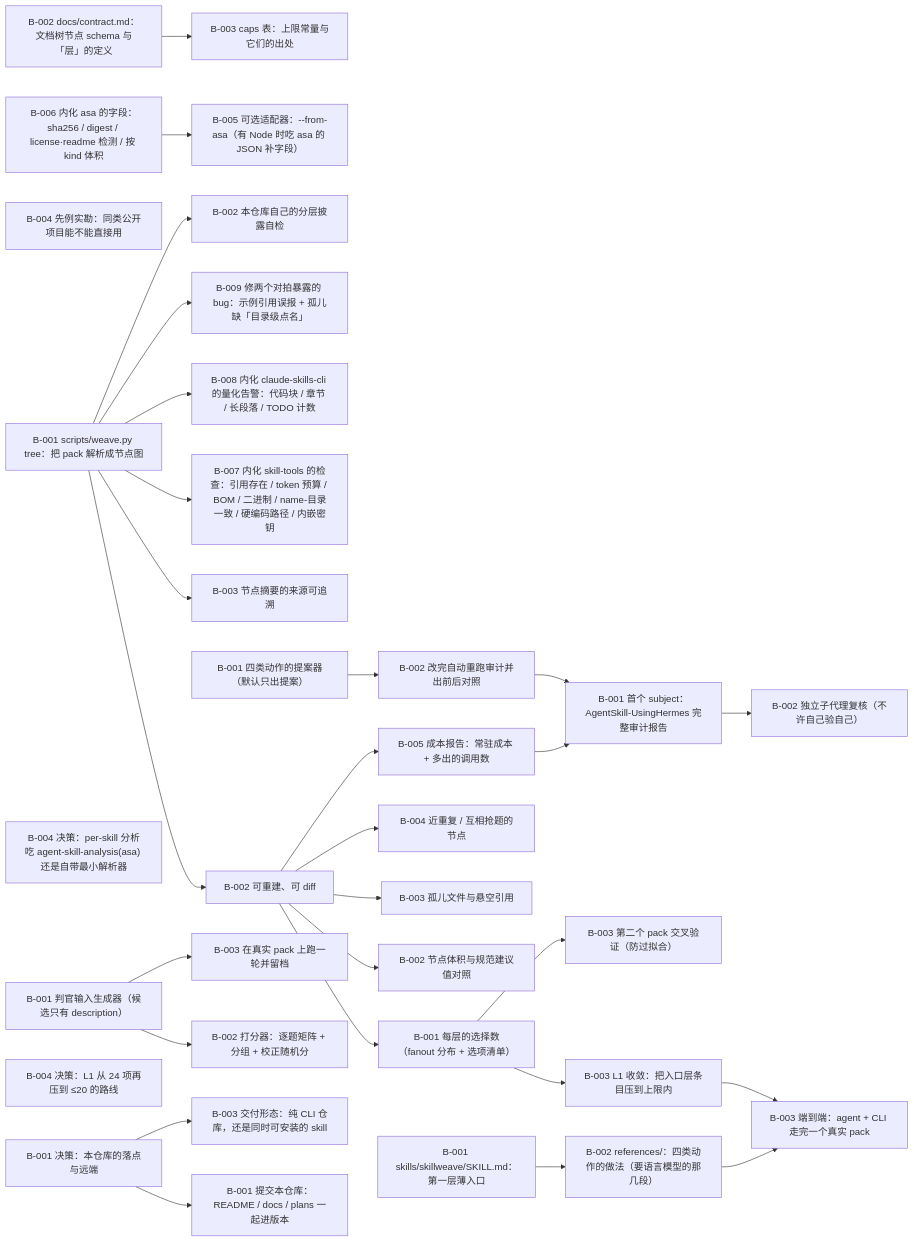
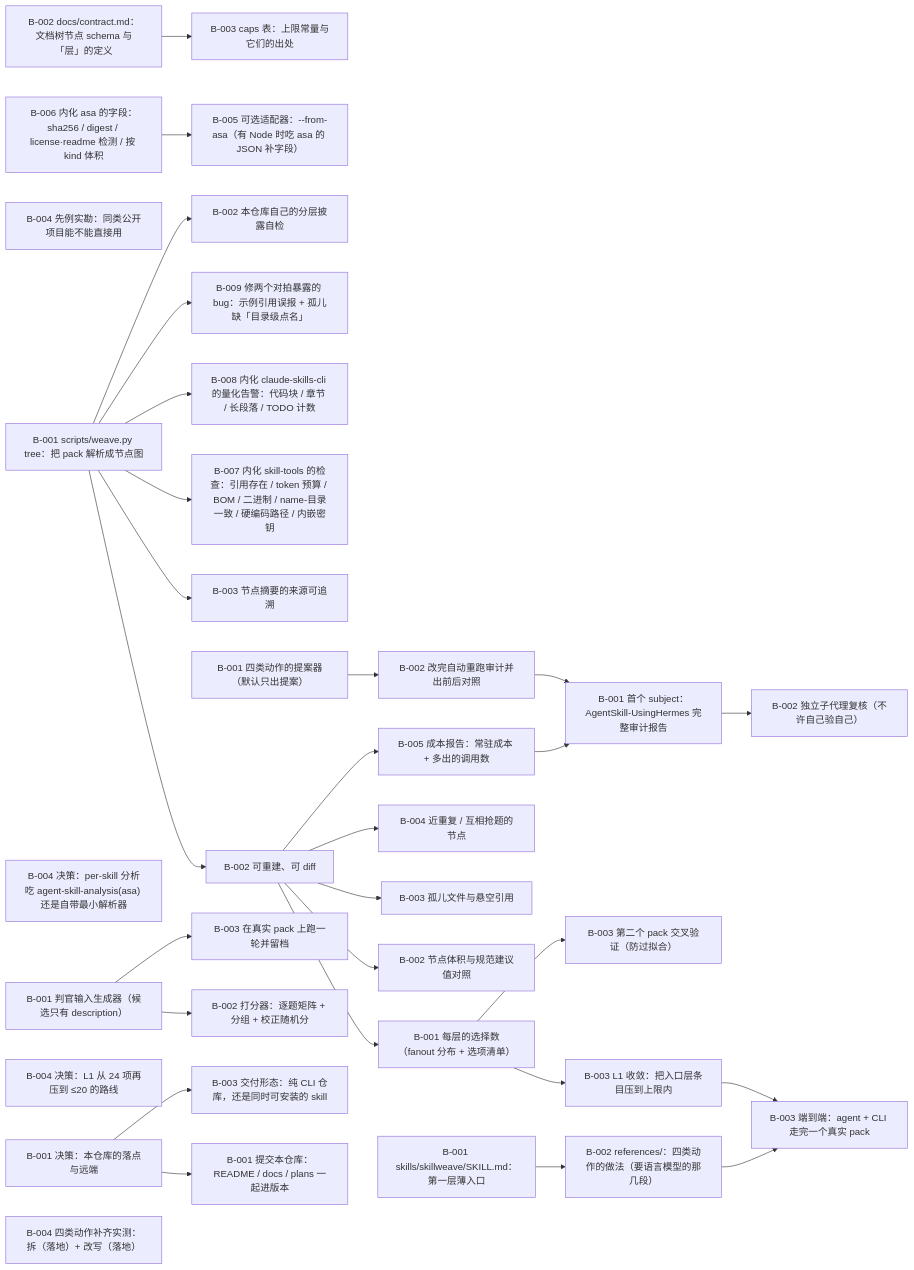
Before and after one commit to flmaximwang/SkillWeave: the diagram in plans/skillweave/PLAN.md, drawn with Mermaid. The commit also changed other lines of this file and 9 other files, not shown here.

````diff
--- a/plans/skillweave/PLAN.md
+++ b/plans/skillweave/PLAN.md
@@ -15,69 +16,72 @@
 ```mermaid
 flowchart LR
   T-001_B-001["B-001 决策：本仓库的落点与远端"]
   T-001_B-002["B-002 docs/contract.md：文档树节点 schema 与「层」的定义"]
   T-001_B-003["B-003 caps 表：上限常量与它们的出处"]
   T-001_B-004["B-004 先例实勘：同类公开项目能不能直接用"]
   T-002_B-001["B-001 scripts/weave.py tree：把 pack 解析成节点图"]
   T-002_B-002["B-002 可重建、可 diff"]
   T-002_B-003["B-003 节点摘要的来源可追溯"]
   T-002_B-004["B-004 决策：per-skill 分析吃 agent-skill-analysis(asa) 还是自带最小解析器"]
   T-002_B-005["B-005 可选适配器：--from-asa（有 Node 时吃 asa 的 JSON 补字段）"]
   T-003_B-001["B-001 每层的选择数（fanout 分布 + 选项清单）"]
   T-003_B-002["B-002 节点体积与规范建议值对照"]
   T-003_B-003["B-003 孤儿文件与悬空引用"]
   T-003_B-004["B-004 近重复 / 互相抢题的节点"]
   T-003_B-005["B-005 成本报告：常驻成本 + 多出的调用数"]
   T-003_B-006["B-006 内化 asa 的字段：sha256 / digest / license·readme 检测 / 按 kind 体积"]
   T-003_B-007["B-007 内化 skill-tools 的检查：引用存在 / token 预算 / BOM / 二进制 / name-目录一致 / 硬编码路径 / 内嵌密钥"]
   T-003_B-008["B-008 内化 claude-skills-cli 的量化告警：代码块 / 章节 / 长段落 / TODO 计数"]
   T-003_B-009["B-009 修两个对拍暴露的 bug：示例引用误报 + 孤儿缺「目录级点名」"]
   T-004_B-001["B-001 四类动作的提案器（默认只出提案）"]
   T-004_B-002["B-002 改完自动重跑审计并出前后对照"]
   T-004_B-003["B-003 L1 收敛：把入口层条目压到上限内"]
   T-004_B-004["B-004 决策：L1 从 24 项再压到 ≤20 的路线"]
   T-005_B-001["B-001 判官输入生成器（候选只有 description）"]
   T-005_B-002["B-002 打分器：逐题矩阵 + 分组 + 校正随机分"]
   T-005_B-003["B-003 在真实 pack 上跑一轮并留档"]
   T-006_B-001["B-001 首个 subject：AgentSkill-UsingHermes 完整审计报告"]
   T-006_B-002["B-002 独立子代理复核（不许自己验自己）"]
   T-006_B-003["B-003 第二个 pack 交叉验证（防过拟合）"]
   T-007_B-001["B-001 提交本仓库：README / docs / plans 一起进版本"]
   T-007_B-002["B-002 本仓库自己的分层披露自检"]
   T-007_B-003["B-003 交付形态：纯 CLI 仓库，还是同时可安装的 skill"]
   T-008_B-001["B-001 skills/skillweave/SKILL.md：第一层薄入口"]
   T-008_B-002["B-002 references/：四类动作的做法（要语言模型的那几段）"]
   T-008_B-003["B-003 端到端：agent + CLI 走完一个真实 pack"]
+  T-008_B-004["B-004 四类动作补齐实测：拆（落地）+ 改写（落地）"]
   T-001_B-002 --> T-001_B-003
   T-002_B-001 --> T-002_B-002
   T-002_B-001 --> T-002_B-003
   T-003_B-006 --> T-002_B-005
   T-002_B-002 --> T-003_B-001
   T-002_B-002 --> T-003_B-002
   T-002_B-002 --> T-003_B-003
   T-002_B-002 --> T-003_B-004
   T-002_B-002 --> T-003_B-005
   T-002_B-001 --> T-003_B-007
   T-002_B-001 --> T-003_B-008
   T-002_B-001 --> T-003_B-009
   T-004_B-001 --> T-004_B-002
   T-003_B-001 --> T-004_B-003
   T-005_B-001 --> T-005_B-002
   T-005_B-001 --> T-005_B-003
   T-003_B-005 --> T-006_B-001
   T-004_B-002 --> T-006_B-001
   T-006_B-001 --> T-006_B-002
   T-003_B-001 --> T-006_B-003
   T-001_B-001 --> T-007_B-001
   T-002_B-001 --> T-007_B-002
   T-001_B-001 --> T-007_B-003
   T-008_B-001 --> T-008_B-002
   T-008_B-002 --> T-008_B-003
   T-004_B-003 --> T-008_B-003
   classDef done stroke-width:1px;
   class T-001_B-001,T-001_B-002,T-001_B-003,T-001_B-004,T-002_B-001,T-002_B-002,T-002_B-003,T-002_B-004,T-003_B-001,T-003_B-002,T-003_B-003,T-003_B-004,T-003_B-005,T-003_B-006,T-003_B-007,T-003_B-008,T-003_B-009,T-004_B-001,T-004_B-002,T-004_B-003,T-005_B-001,T-005_B-002,T-005_B-003,T-006_B-001,T-006_B-002,T-006_B-003,T-007_B-001,T-007_B-002,T-007_B-003,T-008_B-001,T-008_B-002,T-008_B-003 done;
   classDef cancelled stroke-width:1px;
   class T-002_B-005 cancelled;
   classDef blocked stroke-width:1px;
   class T-004_B-004 blocked;
+  classDef running stroke-width:1px;
+  class T-008_B-004 running;
 ```
````
